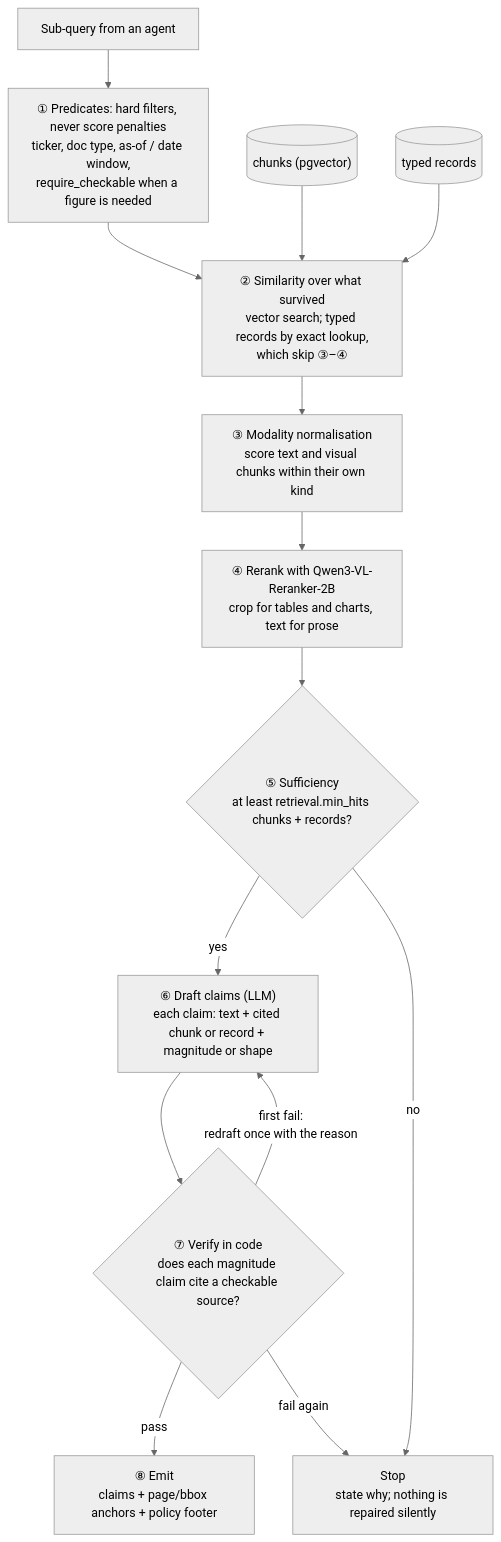
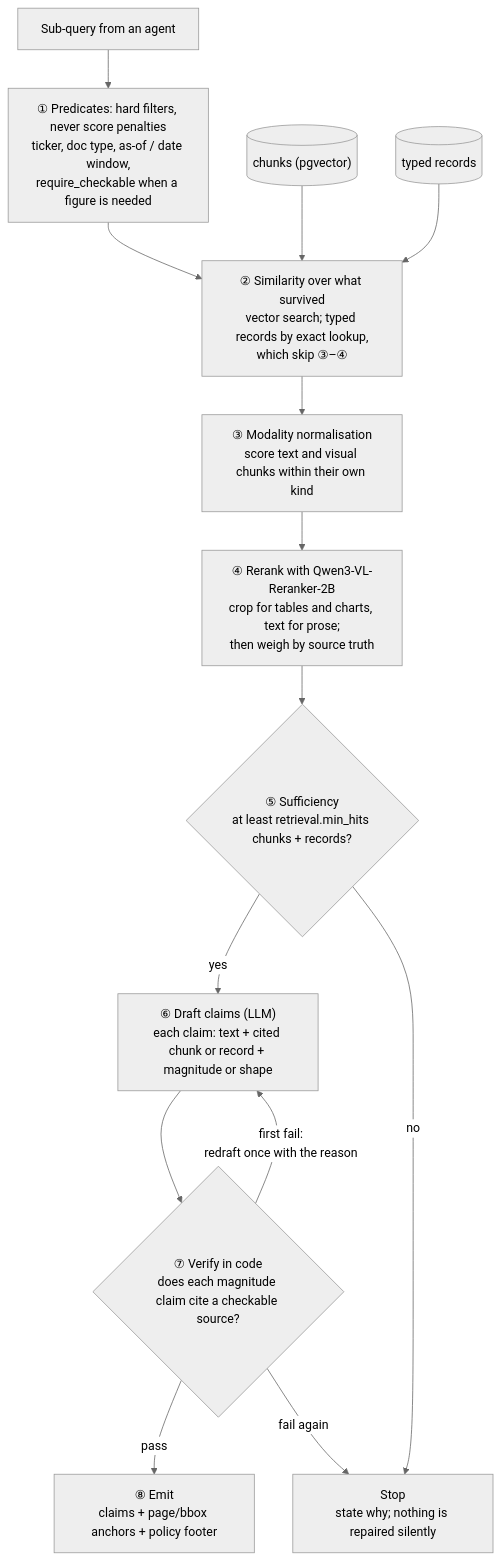
The second of 3 diagrams in PROPOSAL.md (chazyman/financial-agent-capstone), drawn with Mermaid (neutral theme) before and after one commit. The commit also changed other lines of this file and 1 other file, not shown here.

````diff
--- a/PROPOSAL.md
+++ b/PROPOSAL.md
@@ -201,25 +202,25 @@
 ```mermaid
 flowchart TB
     Q["Sub-query from an agent"]
     P["① Predicates: hard filters, never score penalties<br/>ticker, doc type, as-of / date window,<br/>require_checkable when a figure is needed"]
     SIM["② Similarity over what survived<br/>vector search; typed records by exact lookup,<br/>which skip ③–④"]
     NORM["③ Modality normalisation<br/>score text and visual chunks within their own kind"]
-    RR["④ Rerank with Qwen3-VL-Reranker-2B<br/>crop for tables and charts, text for prose"]
+    RR["④ Rerank with Qwen3-VL-Reranker-2B<br/>crop for tables and charts, text for prose;<br/>then weigh by source truth"]
     SUF{"⑤ Sufficiency<br/>at least retrieval.min_hits chunks + records?"}
     DRAFT["⑥ Draft claims (LLM)<br/>each claim: text + cited chunk or record + magnitude or shape"]
     VERIFY{"⑦ Verify in code<br/>does each magnitude claim cite a checkable source?"}
     EMIT["⑧ Emit<br/>claims + page/bbox anchors + policy footer"]
     STOP["Stop<br/>state why; nothing is repaired silently"]
 
     C2[("chunks (pgvector)")]
     C1[("typed records")]
 
     Q --> P --> SIM --> NORM --> RR --> SUF
     C2 --> SIM
     C1 --> SIM
     SUF -->|yes| DRAFT --> VERIFY
     SUF -->|no| STOP
     VERIFY -->|pass| EMIT
     VERIFY -->|"first fail:<br/>redraft once with the reason"| DRAFT
     VERIFY -->|fail again| STOP
 ```
````
